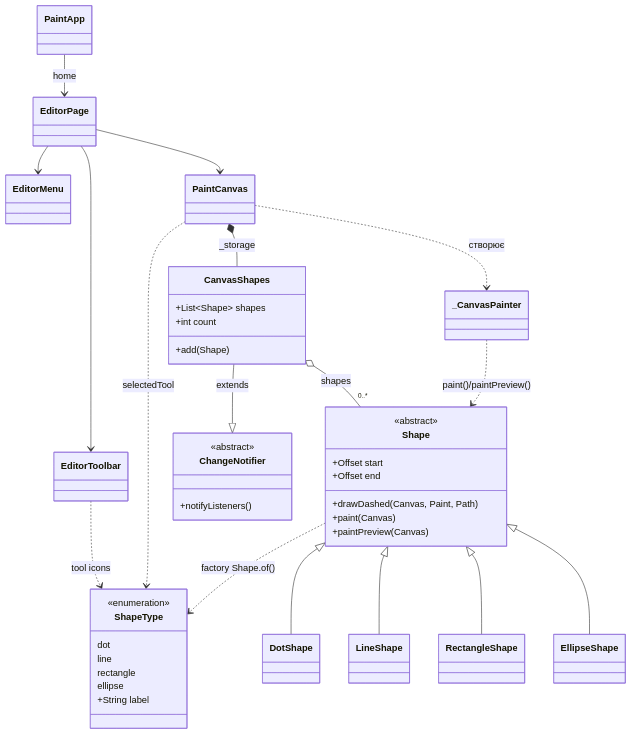
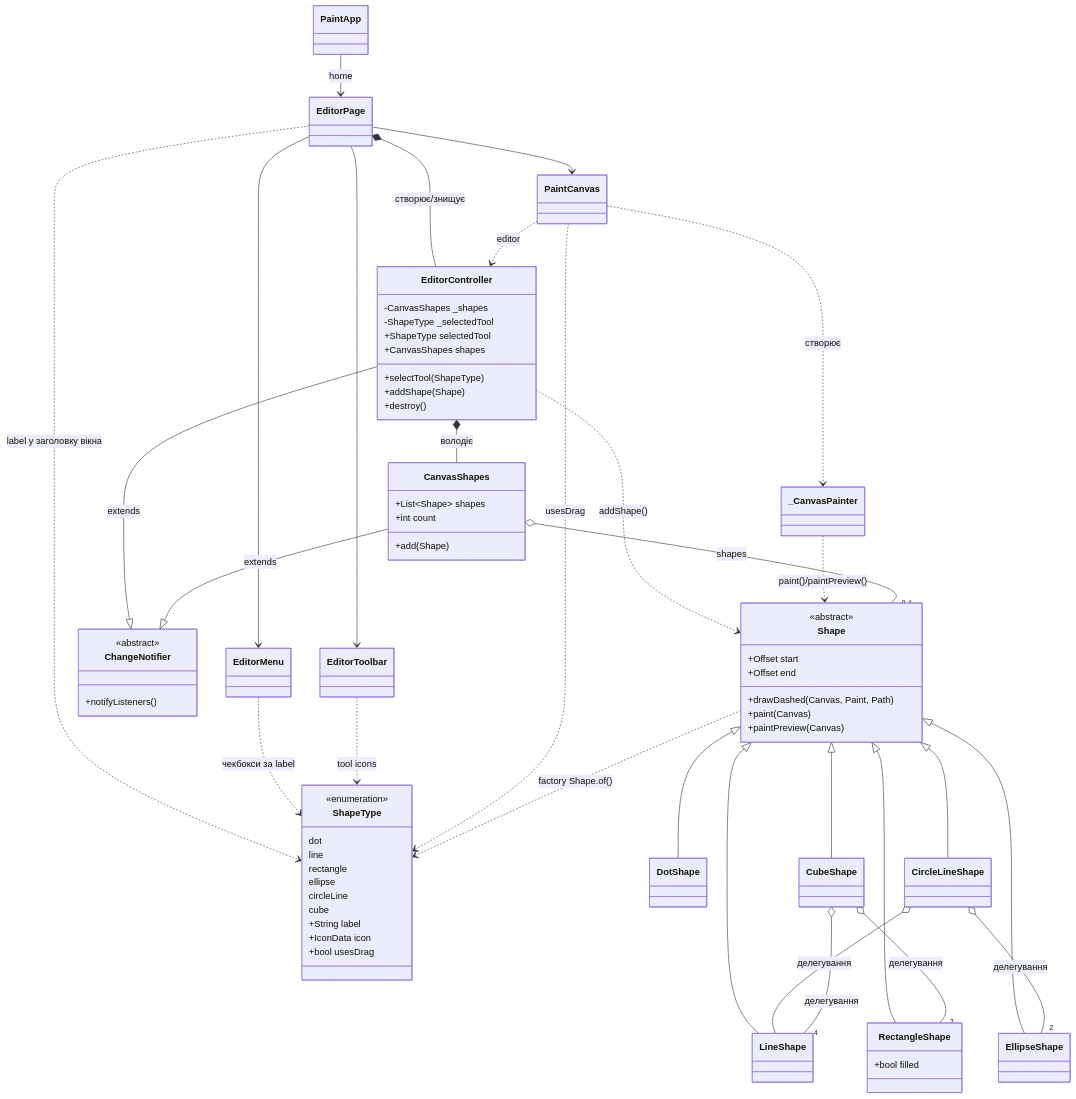
Before and after one commit to tevarindol/paint: the diagram in README.md, drawn with Mermaid. The commit also changed 14 other files, not shown here.

First line of the commit message:
feat(lab4): improve code structure with EditorController and composite shapes (#1)

````diff
--- a/README.md
+++ b/README.md
@@ -23,7 +23,11 @@
         line
         rectangle
         ellipse
+        circleLine
+        cube
         +String label
+        +IconData icon
+        +bool usesDrag
     }
     class Shape {
         <<abstract>>
@@ -32,6 +36,15 @@
         +drawDashed(Canvas, Paint, Path)
         +paint(Canvas)
         +paintPreview(Canvas)
+    }
+    class EditorController {
+        -CanvasShapes _shapes
+        -ShapeType _selectedTool
+        +ShapeType selectedTool
+        +CanvasShapes shapes
+        +selectTool(ShapeType)
+        +addShape(Shape)
+        +destroy()
     }
     class CanvasShapes {
         +List~Shape~ shapes
@@ -44,8 +57,12 @@
     }
     class DotShape
     class LineShape
-    class RectangleShape
+    class RectangleShape {
+        +bool filled
+    }
     class EllipseShape
+    class CircleLineShape
+    class CubeShape
     class PaintCanvas
     class _CanvasPainter
     class EditorPage
@@ -54,12 +71,18 @@
     class PaintApp
 
     PaintApp --> EditorPage : home
+    EditorPage *-- EditorController : створює/знищує
+    EditorController --|> ChangeNotifier : extends
+    EditorController *-- CanvasShapes : володіє
+    EditorController ..> Shape : addShape()
+    EditorPage ..> ShapeType : label у заголовку вікна
     EditorPage --> EditorMenu
     EditorPage --> EditorToolbar
     EditorPage --> PaintCanvas
+    EditorMenu ..> ShapeType : чекбокси за label
     EditorToolbar ..> ShapeType : tool icons
-    PaintCanvas ..> ShapeType : selectedTool
-    PaintCanvas *-- CanvasShapes : _storage
+    PaintCanvas ..> EditorController : editor
+    PaintCanvas ..> ShapeType : usesDrag
     PaintCanvas ..> _CanvasPainter : створює
     _CanvasPainter ..> Shape : paint()/paintPreview()
     CanvasShapes --|> ChangeNotifier : extends
@@ -69,4 +92,10 @@
     Shape <|-- LineShape
     Shape <|-- RectangleShape
     Shape <|-- EllipseShape
+    Shape <|-- CircleLineShape
+    Shape <|-- CubeShape
+    CircleLineShape o-- LineShape : делегування
+    CircleLineShape o-- "2" EllipseShape : делегування
+    CubeShape o-- "2" RectangleShape : делегування
+    CubeShape o-- "4" LineShape : делегування
 ```
````
